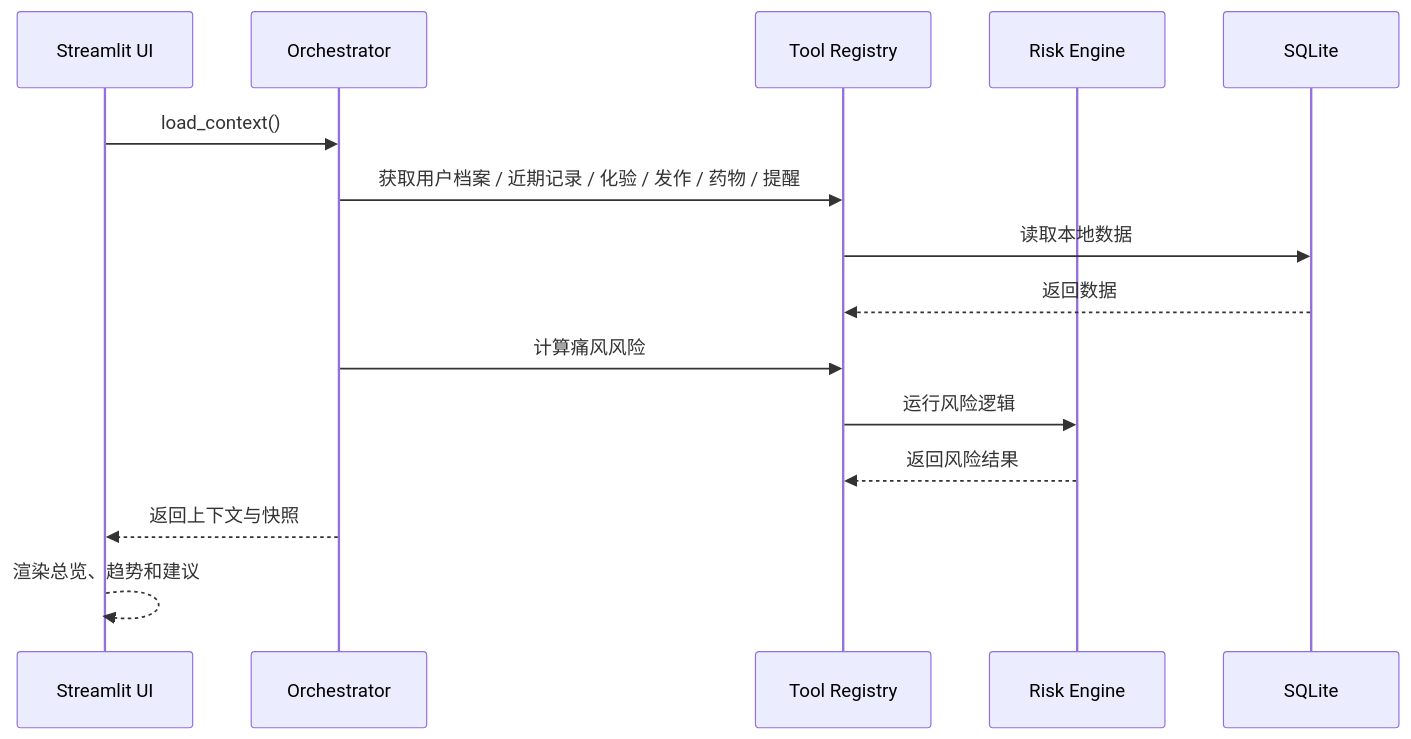
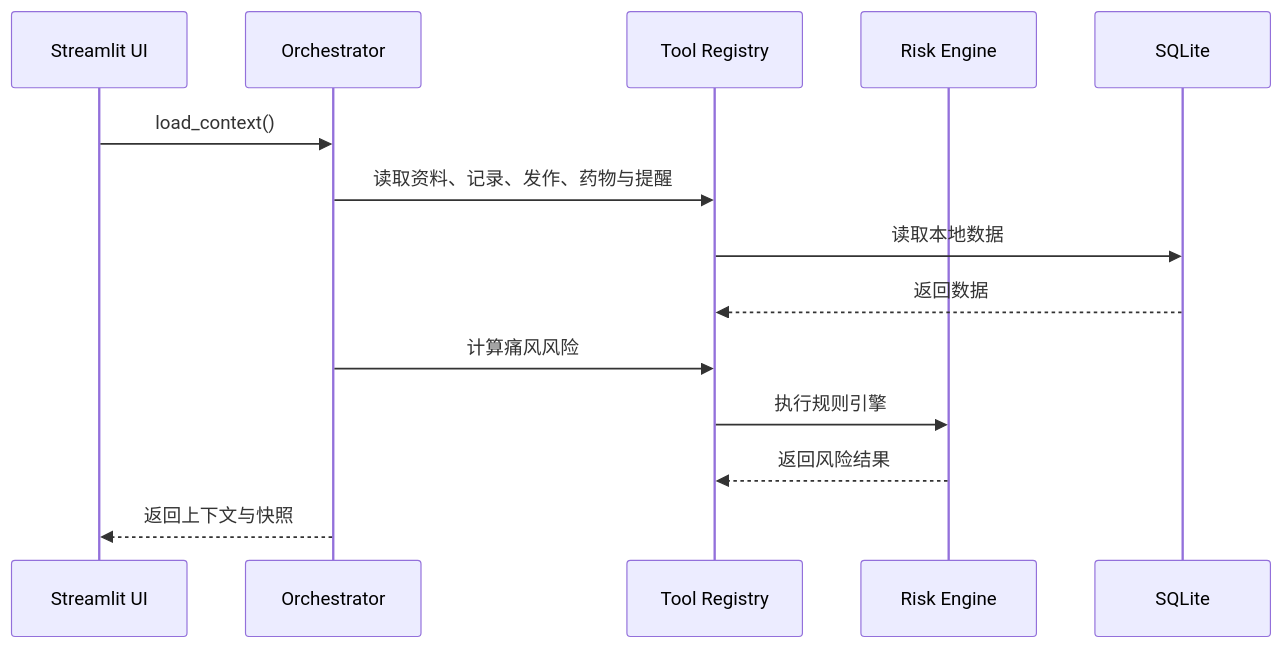
The third of 4 diagrams in ARCHITECTURE.md (DameBr1An/gout-care-agent), drawn with Mermaid before and after one commit. The commit also changed other lines of this file and 33 other files, not shown here.

````diff
--- a/ARCHITECTURE.md
+++ b/ARCHITECTURE.md
@@ -267,18 +181,17 @@
 ```mermaid
 sequenceDiagram
     participant UI as Streamlit UI
     participant O as Orchestrator
     participant T as Tool Registry
     participant R as Risk Engine
     participant DB as SQLite
 
     UI->>O: load_context()
-    O->>T: 获取用户档案 / 近期记录 / 化验 / 发作 / 药物 / 提醒
+    O->>T: 读取资料、记录、发作、药物与提醒
     T->>DB: 读取本地数据
     DB-->>T: 返回数据
     O->>T: 计算痛风风险
-    T->>R: 运行风险逻辑
+    T->>R: 执行规则引擎
     R-->>T: 返回风险结果
     O-->>UI: 返回上下文与快照
-    UI-->>UI: 渲染总览、趋势和建议
 ```
````
